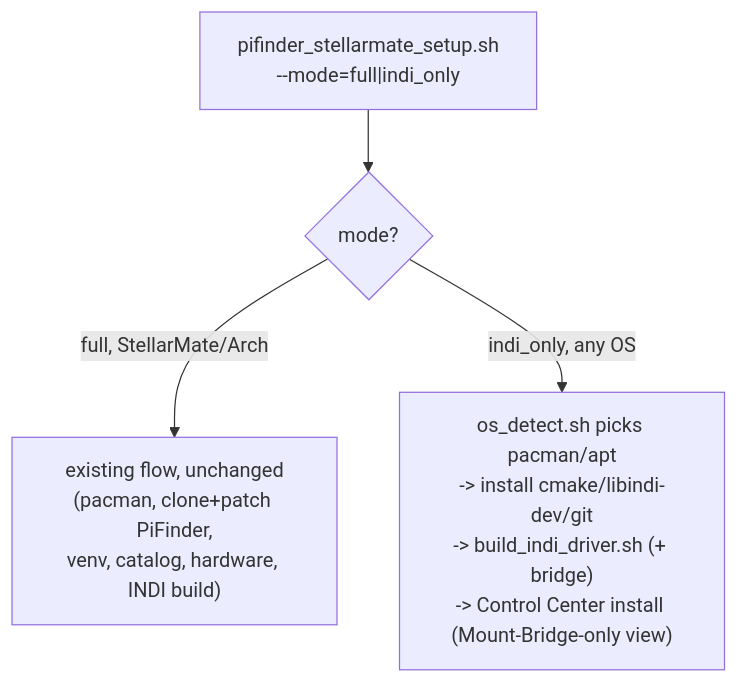
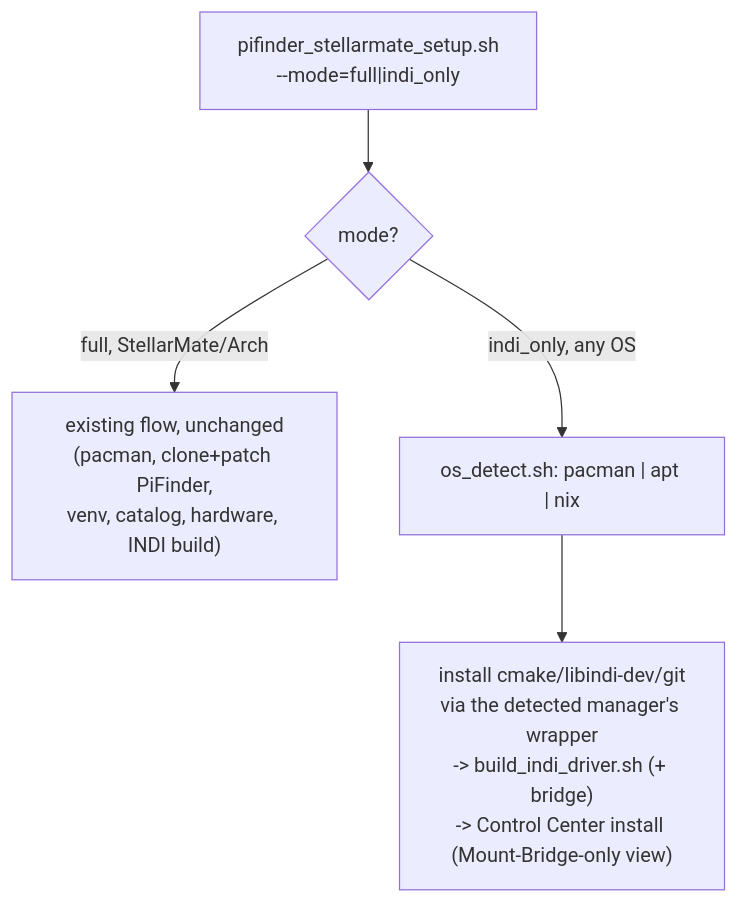
Before and after one commit to apos/PiFinder_Stellarmate: the diagram in docs/concepts/setup_indi_only_install_mode.md, drawn with Mermaid. The commit also changed other lines of this file, not shown here.

````diff
--- a/docs/concepts/setup_indi_only_install_mode.md
+++ b/docs/concepts/setup_indi_only_install_mode.md
@@ -64,6 +125,7 @@
 ```mermaid
 flowchart TD
     Start["pifinder_stellarmate_setup.sh\n--mode=full|indi_only"] --> Mode{"mode?"}
     Mode -->|full, StellarMate/Arch| Full["existing flow, unchanged\n(pacman, clone+patch PiFinder,\nvenv, catalog, hardware, INDI build)"]
-    Mode -->|indi_only, any OS| Light["os_detect.sh picks pacman/apt\n-> install cmake/libindi-dev/git\n-> build_indi_driver.sh (+ bridge)\n-> Control Center install (Mount-Bridge-only view)"]
+    Mode -->|indi_only, any OS| Detect["os_detect.sh: pacman | apt | nix"]
+    Detect --> Light["install cmake/libindi-dev/git\nvia the detected manager's wrapper\n-> build_indi_driver.sh (+ bridge)\n-> Control Center install (Mount-Bridge-only view)"]
 ```
````
